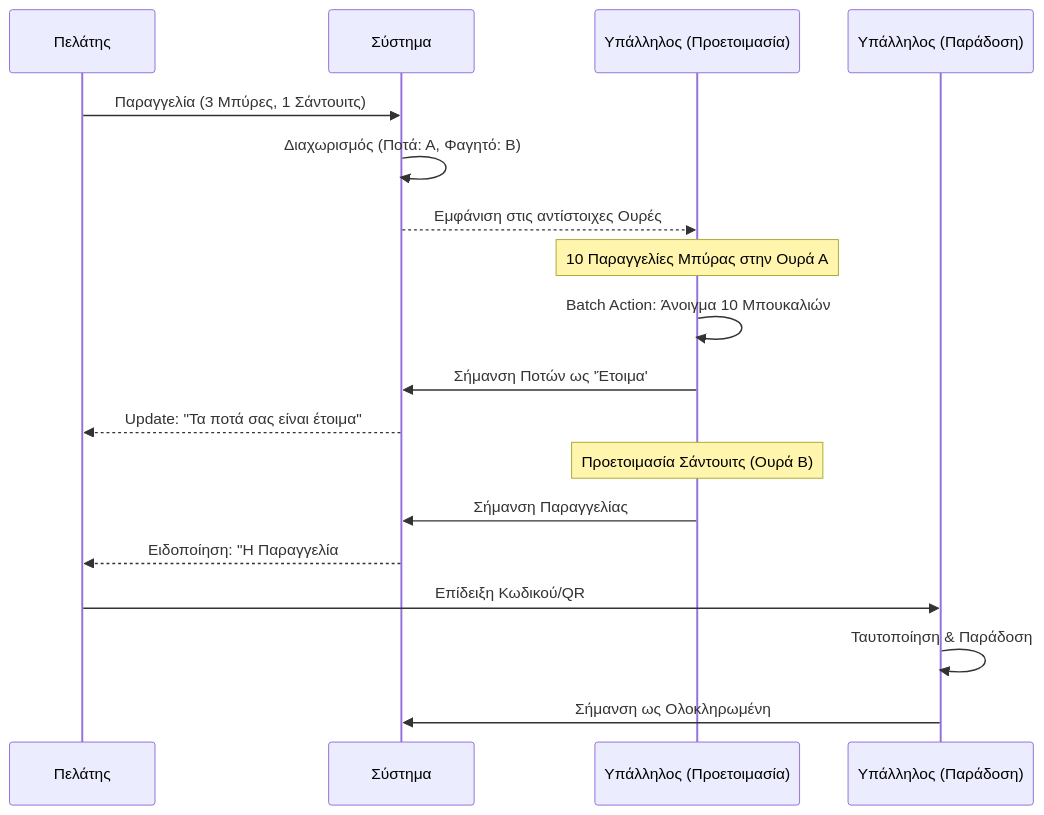
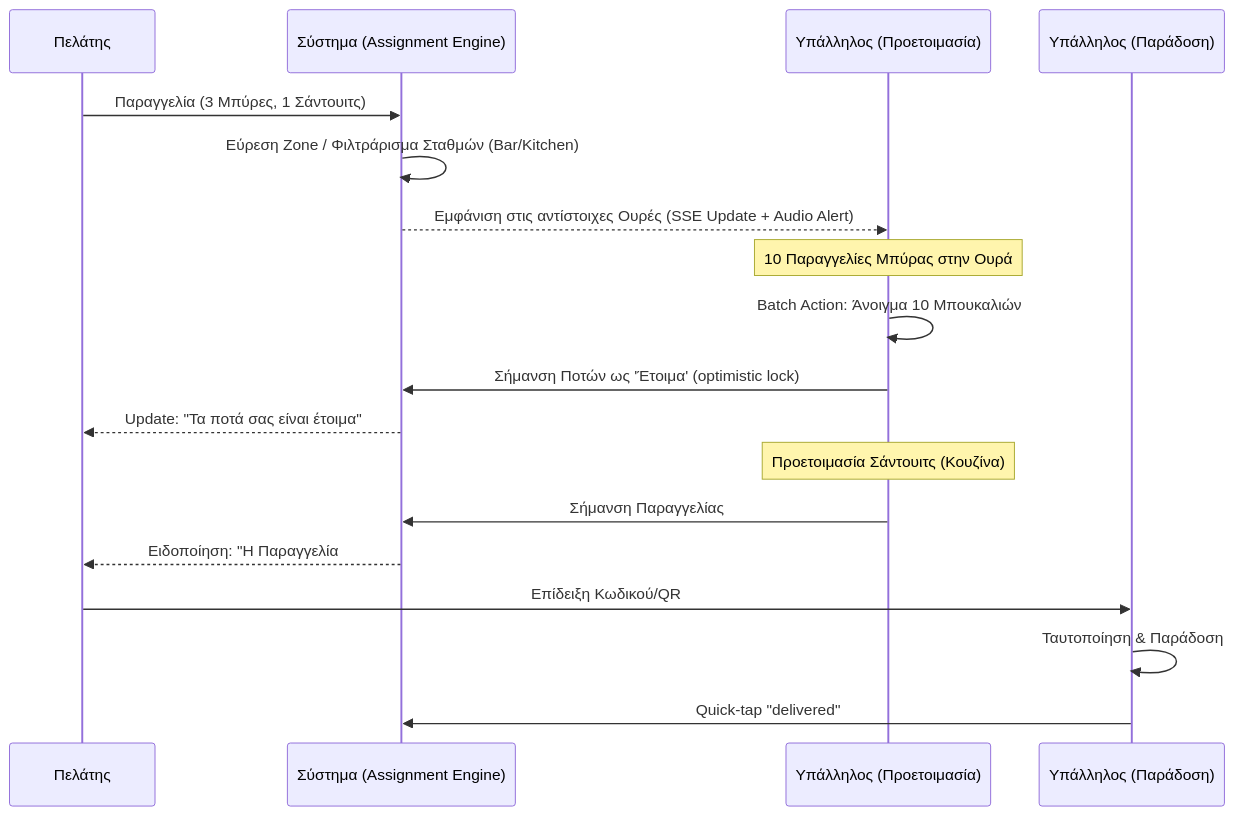
One commit to dolly450/orderly_docs changed the diagram in design/staff_workflow.md. Above: the diagram before and after it, drawn with Mermaid. The commit also changed other lines of this file and 7 other files, not shown here.

````diff
--- a/design/staff_workflow.md
+++ b/design/staff_workflow.md
@@ -6,25 +32,25 @@
 ```mermaid
 sequenceDiagram
     participant C as Πελάτης
-    participant S as Σύστημα
+    participant S as Σύστημα (Assignment Engine)
     participant SP as Υπάλληλος (Προετοιμασία)
     participant SD as Υπάλληλος (Παράδοση)
     
     C->>S: Παραγγελία (3 Μπύρες, 1 Σάντουιτς)
-    S->>S: Διαχωρισμός (Ποτά: Α, Φαγητό: Β)
-    S-->>SP: Εμφάνιση στις αντίστοιχες Ουρές
+    S->>S: Εύρεση Zone / Φιλτράρισμα Σταθμών (Bar/Kitchen)
+    S-->>SP: Εμφάνιση στις αντίστοιχες Ουρές (SSE Update + Audio Alert)
     
-    Note over SP: 10 Παραγγελίες Μπύρας στην Ουρά Α
+    Note over SP: 10 Παραγγελίες Μπύρας στην Ουρά
     SP->>SP: Batch Action: Άνοιγμα 10 Μπουκαλιών
-    SP->>S: Σήμανση Ποτών ως 'Έτοιμα'
+    SP->>S: Σήμανση Ποτών ως 'Έτοιμα' (optimistic lock)
     
     S-->>C: Update: "Τα ποτά σας είναι έτοιμα"
     
-    Note over SP: Προετοιμασία Σάντουιτς (Ουρά Β)
+    Note over SP: Προετοιμασία Σάντουιτς (Κουζίνα)
     SP->>S: Σήμανση Παραγγελίας #123 ως Πλήρως Έτοιμη
     S-->>C: Ειδοποίηση: "Η Παραγγελία #123 είναι έτοιμη για παραλαβή"
     
     C->>SD: Επίδειξη Κωδικού/QR #123
     SD->>SD: Ταυτοποίηση & Παράδοση
-    SD->>S: Σήμανση ως Ολοκληρωμένη
+    SD->>S: Quick-tap "delivered"
 ```
````
